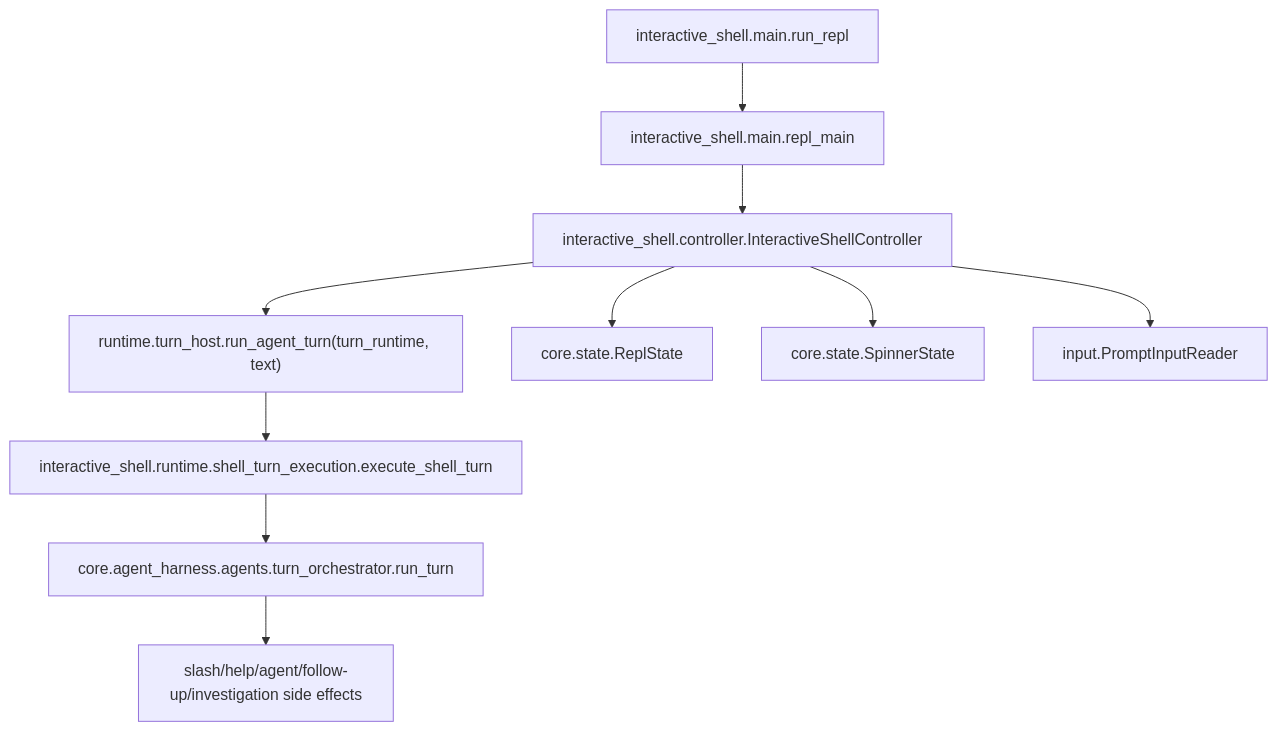
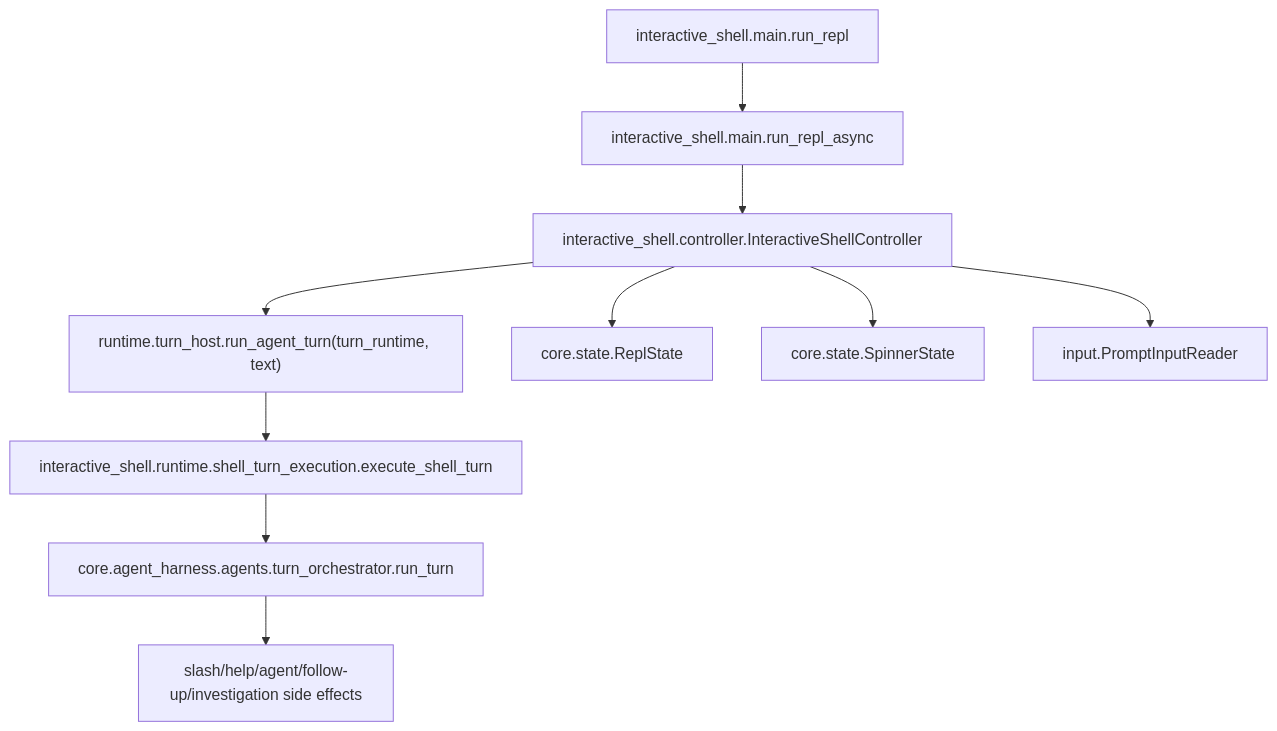
The diagram in surfaces/interactive_shell/runtime/AGENTS.md (Tracer-Cloud/open-sre-agent), drawn with Mermaid before and after one commit. The commit also changed other lines of this file and 7 other files, not shown here.

````diff
--- a/surfaces/interactive_shell/runtime/AGENTS.md
+++ b/surfaces/interactive_shell/runtime/AGENTS.md
@@ -97,12 +98,12 @@
 ```mermaid
 flowchart TD
-  runRepl["interactive_shell.main.run_repl"] --> replMain["interactive_shell.main.repl_main"]
+  runRepl["interactive_shell.main.run_repl"] --> replMain["interactive_shell.main.run_repl_async"]
   replMain --> controller["interactive_shell.controller.InteractiveShellController"]
   controller --> turnHost["runtime.turn_host.run_agent_turn(turn_runtime, text)"]
   turnHost --> turnEntry["interactive_shell.runtime.shell_turn_execution.execute_shell_turn"]
   turnEntry --> coreHarness["core.agent_harness.agents.turn_orchestrator.run_turn"]
   coreHarness --> sideEffects["slash/help/agent/follow-up/investigation side effects"]
   controller --> replState["core.state.ReplState"]
   controller --> spinnerState["core.state.SpinnerState"]
   controller --> inputReader["input.PromptInputReader"]
 ```
````
